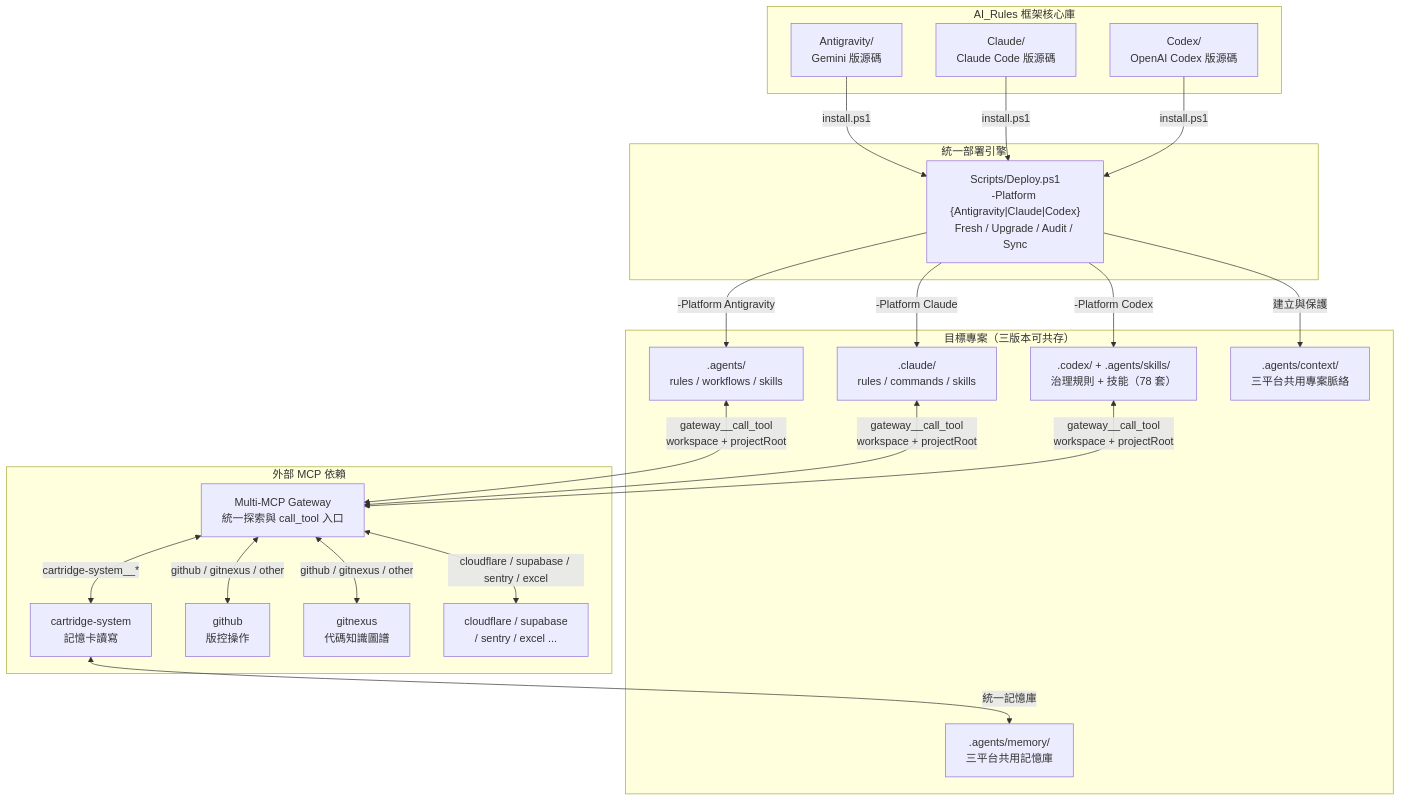
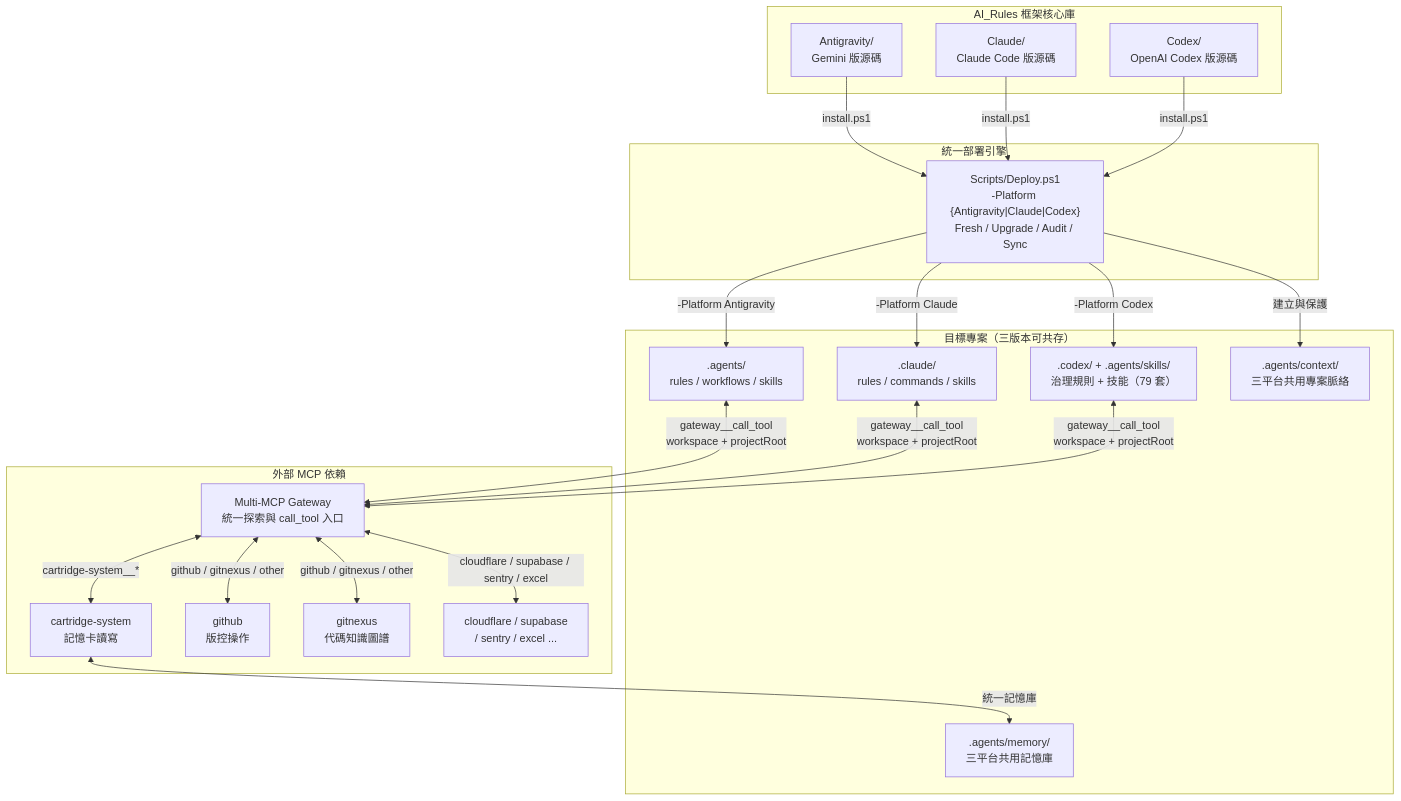
The first of 3 diagrams in README.md (Kunshao1117/AI_Rules), drawn with Mermaid before and after one commit. The commit also changed other lines of this file and 173 other files, not shown here.

````diff
--- a/README.md
+++ b/README.md
@@ -262,44 +262,44 @@
 ```mermaid
 graph TB
     subgraph "AI_Rules 框架核心庫"
         AG["Antigravity/<br/>Gemini 版源碼"]
         CL["Claude/<br/>Claude Code 版源碼"]
         CX["Codex/<br/>OpenAI Codex 版源碼"]
     end
 
     subgraph "統一部署引擎"
         DEPLOY["Scripts/Deploy.ps1<br/>-Platform {Antigravity|Claude|Codex}<br/>Fresh / Upgrade / Audit / Sync"]
     end
 
     subgraph "目標專案（三版本可共存）"
         AGE[".agents/<br/>rules / workflows / skills"]
         CLE[".claude/<br/>rules / commands / skills"]
-        CXE[".codex/ + .agents/skills/<br/>治理規則 + 技能（78 套）"]
+        CXE[".codex/ + .agents/skills/<br/>治理規則 + 技能（79 套）"]
         MEM[".agents/memory/<br/>三平台共用記憶庫"]
         CTX[".agents/context/<br/>三平台共用專案脈絡"]
     end
 
     subgraph "外部 MCP 依賴"
         GW["Multi-MCP Gateway<br/>統一探索與 call_tool 入口"]
         CART["cartridge-system<br/>記憶卡讀寫"]
         GH["github<br/>版控操作"]
         GN["gitnexus<br/>代碼知識圖譜"]
         OTHER["cloudflare / supabase<br/>/ sentry / excel ..."]
     end
 
     AG -->|"install.ps1"| DEPLOY
     CL -->|"install.ps1"| DEPLOY
     CX -->|"install.ps1"| DEPLOY
     DEPLOY -->|"-Platform Antigravity"| AGE
     DEPLOY -->|"-Platform Claude"| CLE
     DEPLOY -->|"-Platform Codex"| CXE
     AGE <-->|"gateway__call_tool<br/>workspace + projectRoot"| GW
     CLE <-->|"gateway__call_tool<br/>workspace + projectRoot"| GW
     CXE <-->|"gateway__call_tool<br/>workspace + projectRoot"| GW
     GW <-->|"cartridge-system__*"| CART
     GW <-->|"github / gitnexus / other"| GH
     GW <-->|"github / gitnexus / other"| GN
     GW <-->|"cloudflare / supabase / sentry / excel"| OTHER
     CART <-->|"統一記憶庫"| MEM
     DEPLOY -->|"建立與保護"| CTX
 ```
````
